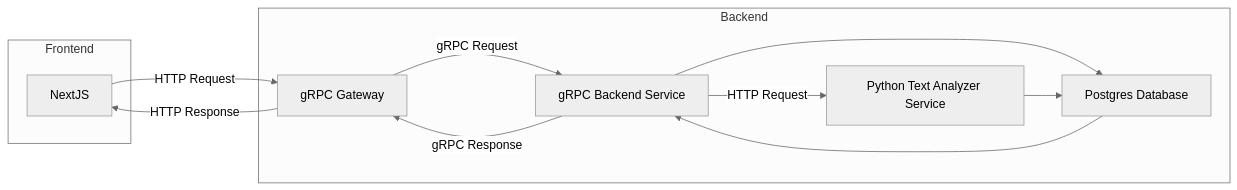
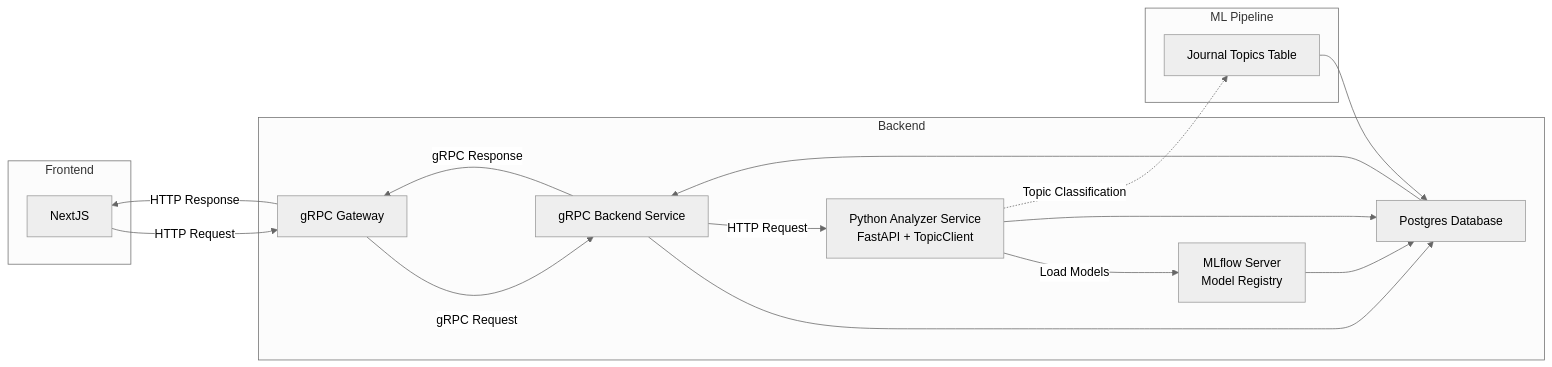
The diagram in README.md (jyablonski/lotus), drawn with Mermaid (neutral theme) before and after one commit. The commit also changed other lines of this file and 25 other files, not shown here.

First line of the commit message:
add mlflow support for analyzer (#12)

````diff
--- a/README.md
+++ b/README.md
@@ -22,24 +24,32 @@
 ``` mermaid
 graph LR
     A[NextJS] -->|HTTP Request| B[Go gRPC Gateway]
     B -->|gRPC Request| C[gRPC Backend Service]
     C --> D[Postgres Database]
     D --> C
     C -->|gRPC Response| B
     B -->|HTTP Response| A
 
-    C -->|HTTP Request| E[Python Text Analyzer Service]
+    C -->|HTTP Request| E[Python Analyzer Service]
+    E -->|Load Models| F[MLflow Server]
     E --> D
+    F --> D
 
     subgraph Backend
         B[gRPC Gateway]
         C[gRPC Backend Service]
         D[Postgres Database]
-        E[Python Text Analyzer Service]
+        E[Python Analyzer Service<br/>FastAPI + TopicClient]
+        F[MLflow Server<br/>Model Registry]
     end
 
     subgraph Frontend
         A
     end
 
+    subgraph ML Pipeline
+        E -.->|Topic Classification| G[Journal Topics Table]
+        G --> D
+    end
+
 ```
````
